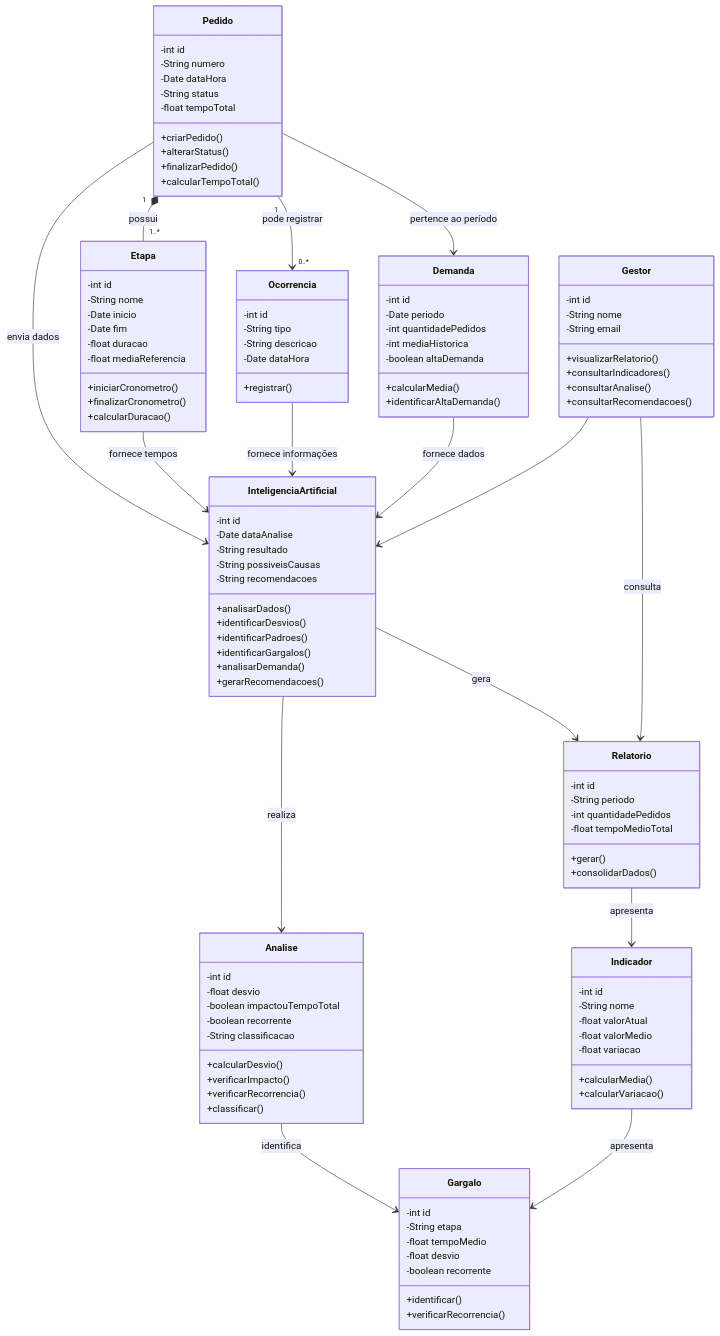
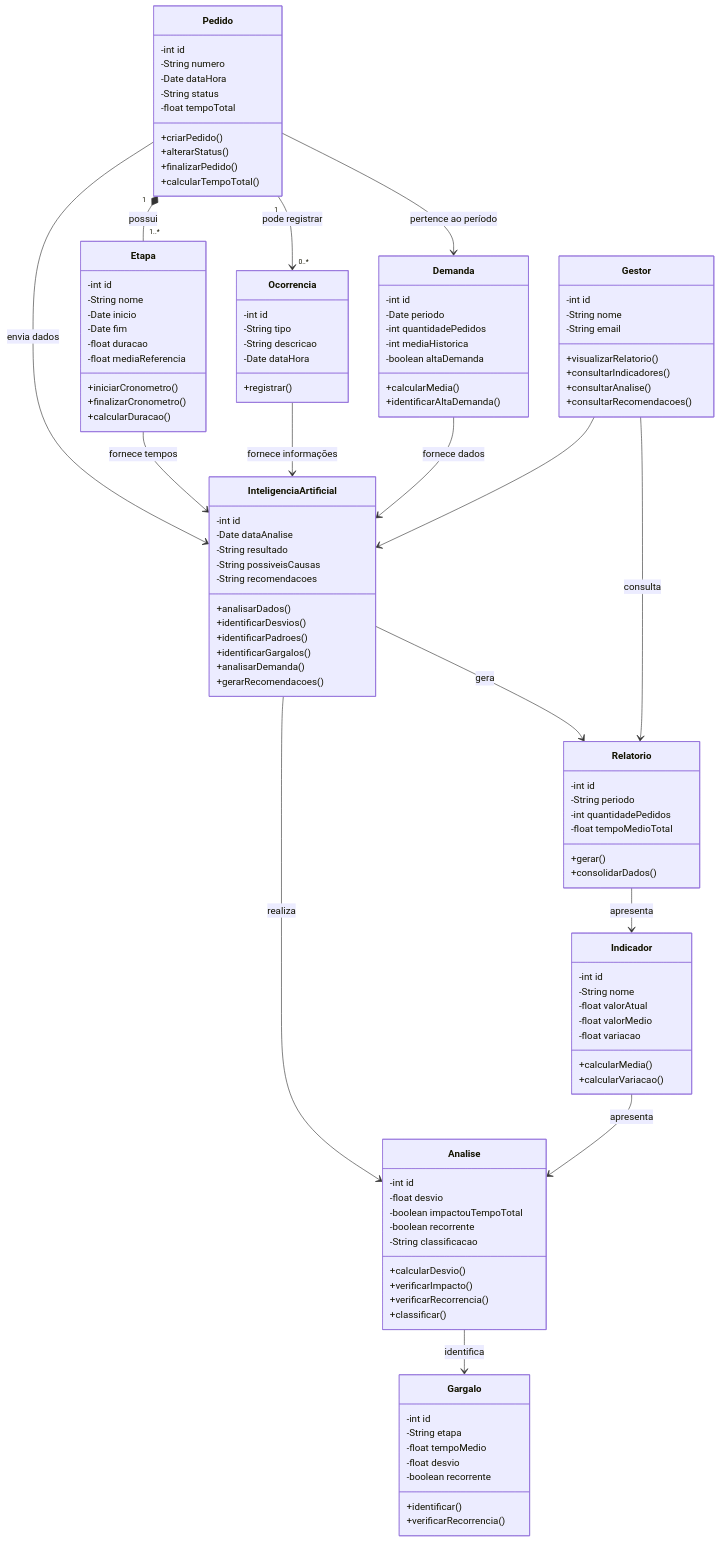
Before and after one commit to FaelzXit/FoodPoint: the diagram in docx/DiagramaClasseFoodPoint.mmd, drawn with Mermaid.

Commit message:
Change relationship from Indicador to Analise

```diff
--- a/docx/DiagramaClasseFoodPoint.mmd
+++ b/docx/DiagramaClasseFoodPoint.mmd
@@ -1,124 +1,124 @@
 classDiagram
 direction TB
 
     class Pedido {
 	    -int id
 	    -String numero
 	    -Date dataHora
 	    -String status
 	    -float tempoTotal
 	    +criarPedido()
 	    +alterarStatus()
 	    +finalizarPedido()
 	    +calcularTempoTotal()
     }
 
     class Etapa {
 	    -int id
 	    -String nome
 	    -Date inicio
 	    -Date fim
 	    -float duracao
 	    -float mediaReferencia
 	    +iniciarCronometro()
 	    +finalizarCronometro()
 	    +calcularDuracao()
     }
 
     class Ocorrencia {
 	    -int id
 	    -String tipo
 	    -String descricao
 	    -Date dataHora
 	    +registrar()
     }
 
     class Demanda {
 	    -int id
 	    -Date periodo
 	    -int quantidadePedidos
 	    -int mediaHistorica
 	    -boolean altaDemanda
 	    +calcularMedia()
 	    +identificarAltaDemanda()
     }
 
     class InteligenciaArtificial {
 	    -int id
 	    -Date dataAnalise
 	    -String resultado
 	    -String possiveisCausas
 	    -String recomendacoes
 	    +analisarDados()
 	    +identificarDesvios()
 	    +identificarPadroes()
 	    +identificarGargalos()
 	    +analisarDemanda()
 	    +gerarRecomendacoes()
     }
 
     class Analise {
 	    -int id
 	    -float desvio
 	    -boolean impactouTempoTotal
 	    -boolean recorrente
 	    -String classificacao
 	    +calcularDesvio()
 	    +verificarImpacto()
 	    +verificarRecorrencia()
 	    +classificar()
     }
 
     class Gargalo {
 	    -int id
 	    -String etapa
 	    -float tempoMedio
 	    -float desvio
 	    -boolean recorrente
 	    +identificar()
 	    +verificarRecorrencia()
     }
 
     class Indicador {
 	    -int id
 	    -String nome
 	    -float valorAtual
 	    -float valorMedio
 	    -float variacao
 	    +calcularMedia()
 	    +calcularVariacao()
     }
 
     class Relatorio {
 	    -int id
 	    -String periodo
 	    -int quantidadePedidos
 	    -float tempoMedioTotal
 	    +gerar()
 	    +consolidarDados()
     }
 
     class Gestor {
 	    -int id
 	    -String nome
 	    -String email
 	    +visualizarRelatorio()
 	    +consultarIndicadores()
 	    +consultarAnalise()
 	    +consultarRecomendacoes()
     }
 
     Pedido "1" *-- "1..*" Etapa : possui
     Pedido "1" --> "0..*" Ocorrencia : pode registrar
     Pedido --> Demanda : pertence ao período
     Pedido --> InteligenciaArtificial : envia dados
     Etapa --> InteligenciaArtificial : fornece tempos
     Ocorrencia --> InteligenciaArtificial : fornece informações
     Demanda --> InteligenciaArtificial : fornece dados
     InteligenciaArtificial --> Analise : realiza
     Analise --> Gargalo : identifica
     InteligenciaArtificial --> Relatorio : gera
     Relatorio --> Indicador : apresenta
-    Indicador --> Gargalo : apresenta
+    Indicador --> Analise : apresenta
     Gestor --> Relatorio : consulta
     Gestor --> InteligenciaArtificial
```
